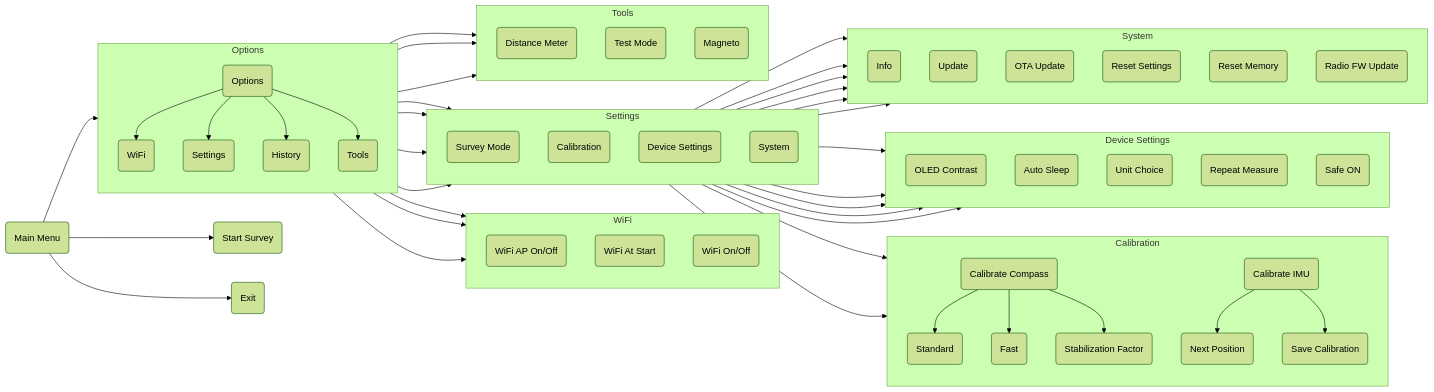
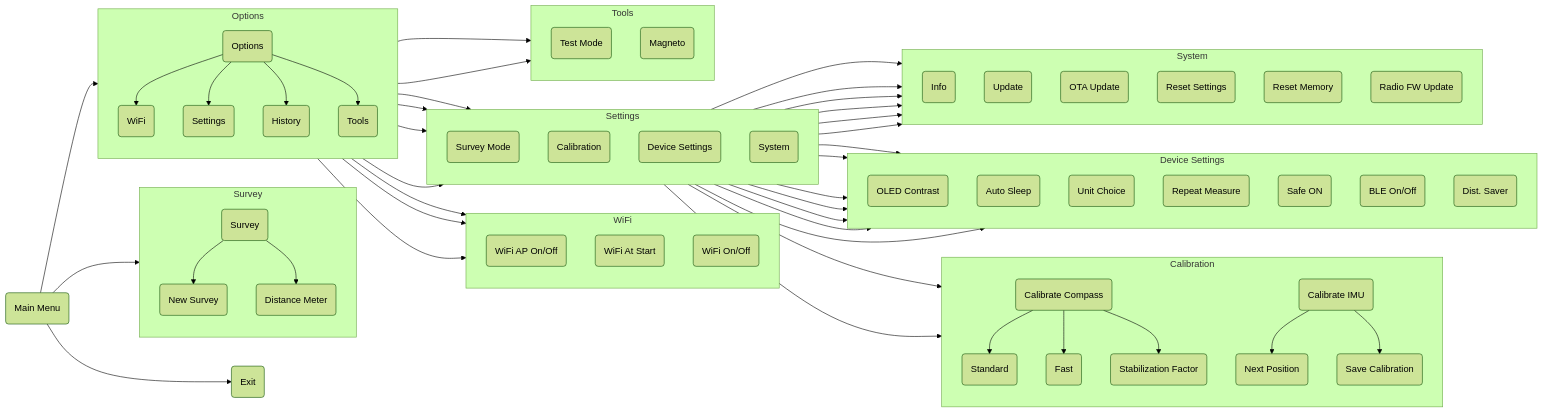
The diagram in website/docs/Menus-Overview.md (SebKister/JedEye-Documentation), drawn with Mermaid (forest theme) before and after one commit. The commit also changed 8 other files, not shown here.

````diff
--- a/website/docs/Menus-Overview.md
+++ b/website/docs/Menus-Overview.md
@@ -7,13 +7,23 @@
 ```mermaid
 graph LR
     Main(Main Menu)
-    Start(Start Survey)
+    Survey(Survey)
     Options(Options)
     Exit(Exit)
 
-    Main --> Start
+    Main --> Survey
     Main --> Options
     Main --> Exit
+
+    %% Survey Submenu
+    subgraph SurveyMenu [Survey]
+        direction TB
+        NewSurvey(New Survey)
+        DistMeter(Distance Meter)
+
+        Survey --> NewSurvey
+        Survey --> DistMeter
+    end
 
     %% Options Submenu
     subgraph OptionsMenu [Options]
@@ -80,12 +90,16 @@
         Unit(Unit Choice)
         RepMeas(Repeat Measure)
         SafeON(Safe ON)
+        BLE(BLE On/Off)
+        DistSaver(Dist. Saver)
         
         DevSet --> Contrast
         DevSet --> AutoSleep
         DevSet --> Unit
         DevSet --> RepMeas
         DevSet --> SafeON
+        DevSet --> BLE
+        DevSet --> DistSaver
 
     end
     
@@ -111,11 +125,9 @@
     %% Tools Submenu
     subgraph ToolsMenu [Tools]
         direction TB
-        DistMeter(Distance Meter)
         TestMode(Test Mode)
         Magneto(Magneto)
 
-        Tools --> DistMeter
         Tools --> TestMode
         Tools --> Magneto
     end
````
